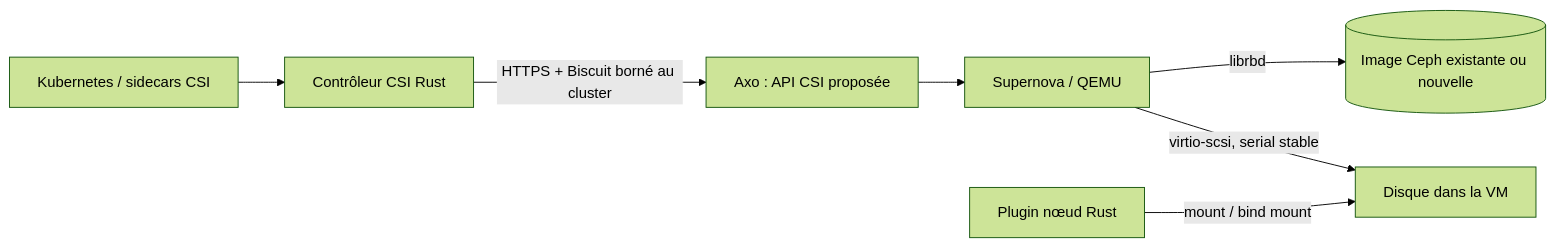
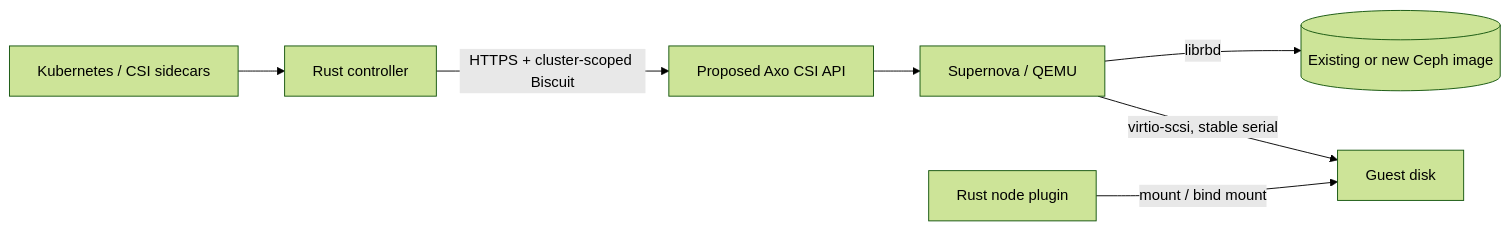
Before and after one commit to CleverCloud/clever-csi-driver: the diagram in README.md, drawn with Mermaid (forest theme). The commit also changed other lines of this file and 2 other files, not shown here.

Commit message:
Document mount policies and validation results

````diff
--- a/README.md
+++ b/README.md
@@ -12,9 +12,9 @@
 ```mermaid
 flowchart LR
-  K[Kubernetes / sidecars CSI] --> C[Contrôleur CSI Rust]
-  C -->|HTTPS + Biscuit borné au cluster| A[Axo : API CSI proposée]
+  K[Kubernetes / CSI sidecars] --> C[Rust controller]
+  C -->|HTTPS + cluster-scoped Biscuit| A[Proposed Axo CSI API]
   A --> S[Supernova / QEMU]
-  S -->|librbd| R[(Image Ceph existante ou nouvelle)]
-  S -->|virtio-scsi, serial stable| D[Disque dans la VM]
-  N[Plugin nœud Rust] -->|mount / bind mount| D
+  S -->|librbd| R[(Existing or new Ceph image)]
+  S -->|virtio-scsi, stable serial| D[Guest disk]
+  N[Rust node plugin] -->|mount / bind mount| D
 ```
````
